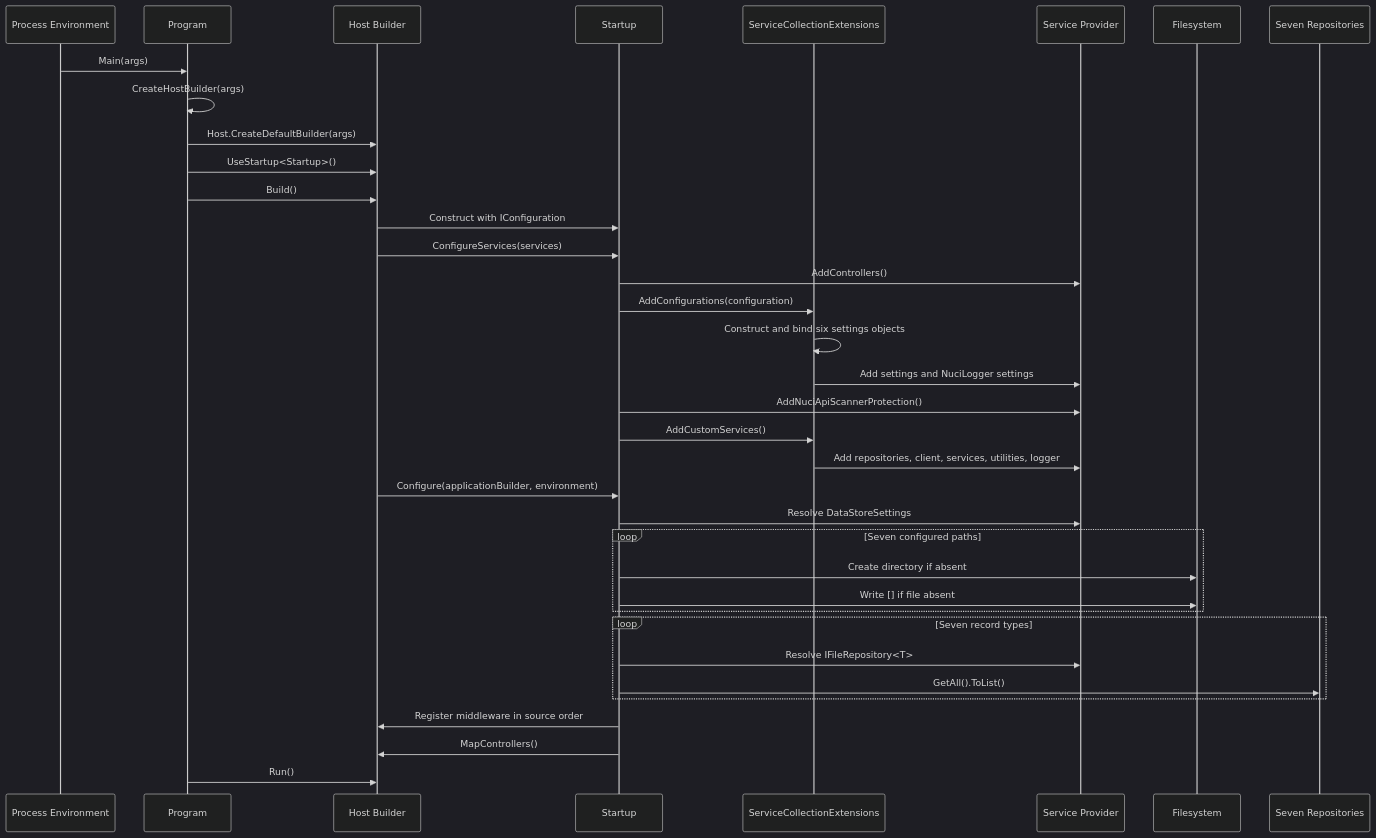
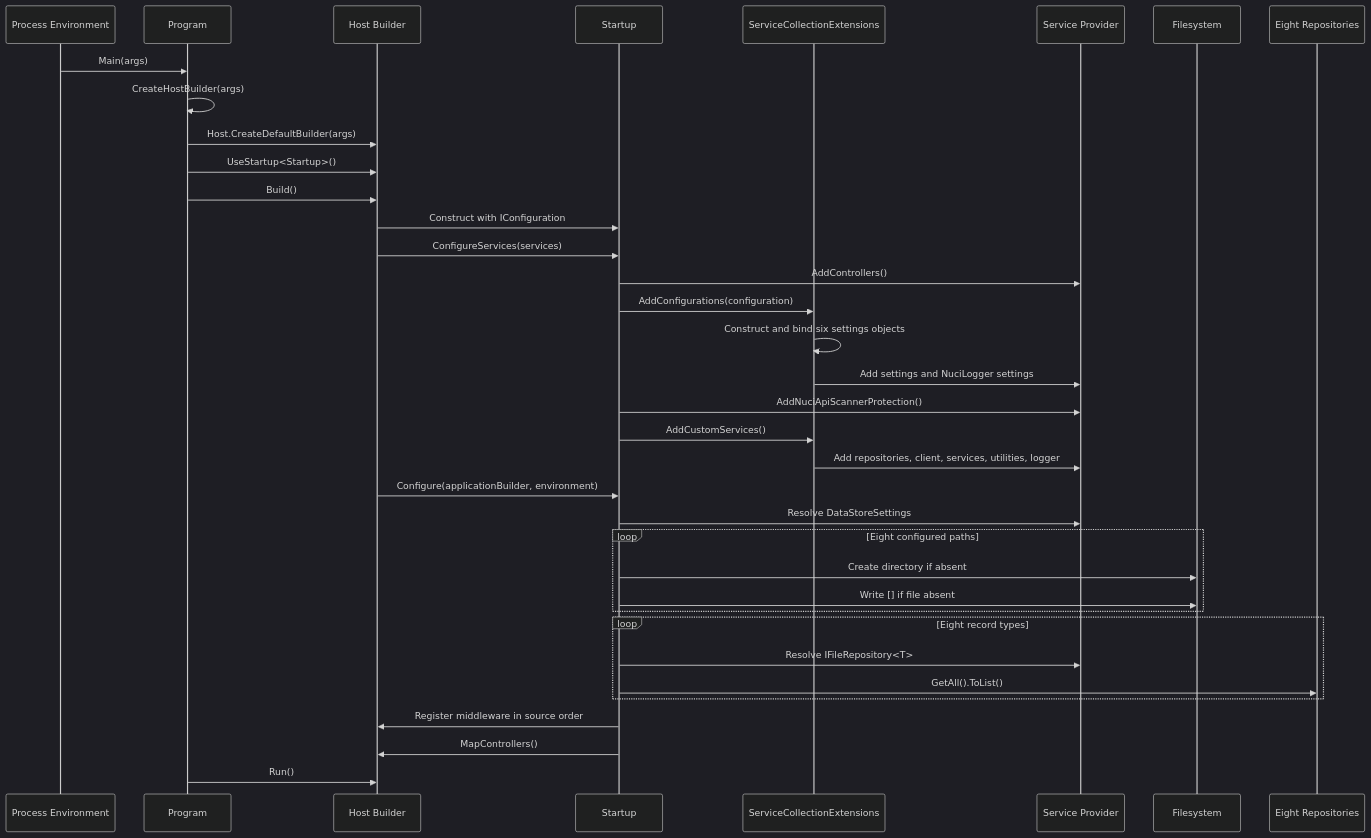
One commit to hmlendea/nucicraft-api changed the diagram in docs/flows/startup.md. Above: the diagram before and after it, drawn with Mermaid (dark theme). The commit also changed other lines of this file and 25 other files, not shown here.

````diff
--- a/docs/flows/startup.md
+++ b/docs/flows/startup.md
@@ -25,39 +25,39 @@
 ```mermaid
 sequenceDiagram
     participant OS as Process Environment
     participant Program
     participant Host as Host Builder
     participant Startup
     participant Extensions as ServiceCollectionExtensions
     participant DI as Service Provider
     participant FS as Filesystem
-    participant Repo as Seven Repositories
+    participant Repo as Eight Repositories
 
     OS->>Program: Main(args)
     Program->>Program: CreateHostBuilder(args)
     Program->>Host: Host.CreateDefaultBuilder(args)
     Program->>Host: UseStartup<Startup>()
     Program->>Host: Build()
     Host->>Startup: Construct with IConfiguration
     Host->>Startup: ConfigureServices(services)
     Startup->>DI: AddControllers()
     Startup->>Extensions: AddConfigurations(configuration)
     Extensions->>Extensions: Construct and bind six settings objects
     Extensions->>DI: Add settings and NuciLogger settings
     Startup->>DI: AddNuciApiScannerProtection()
     Startup->>Extensions: AddCustomServices()
     Extensions->>DI: Add repositories, client, services, utilities, logger
     Host->>Startup: Configure(applicationBuilder, environment)
     Startup->>DI: Resolve DataStoreSettings
-    loop Seven configured paths
+    loop Eight configured paths
         Startup->>FS: Create directory if absent
         Startup->>FS: Write [] if file absent
     end
-    loop Seven record types
+    loop Eight record types
         Startup->>DI: Resolve IFileRepository<T>
         Startup->>Repo: GetAll().ToList()
     end
     Startup->>Host: Register middleware in source order
     Startup->>Host: MapControllers()
     Program->>Host: Run()
 ```
````
